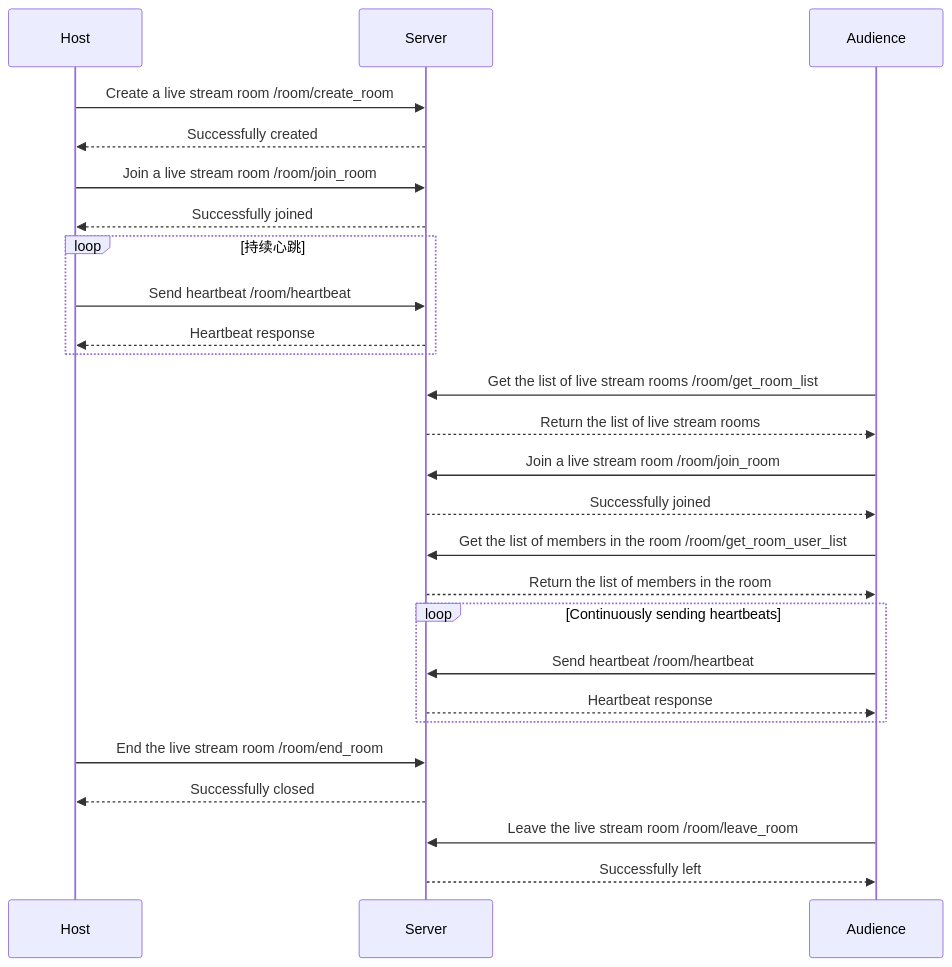
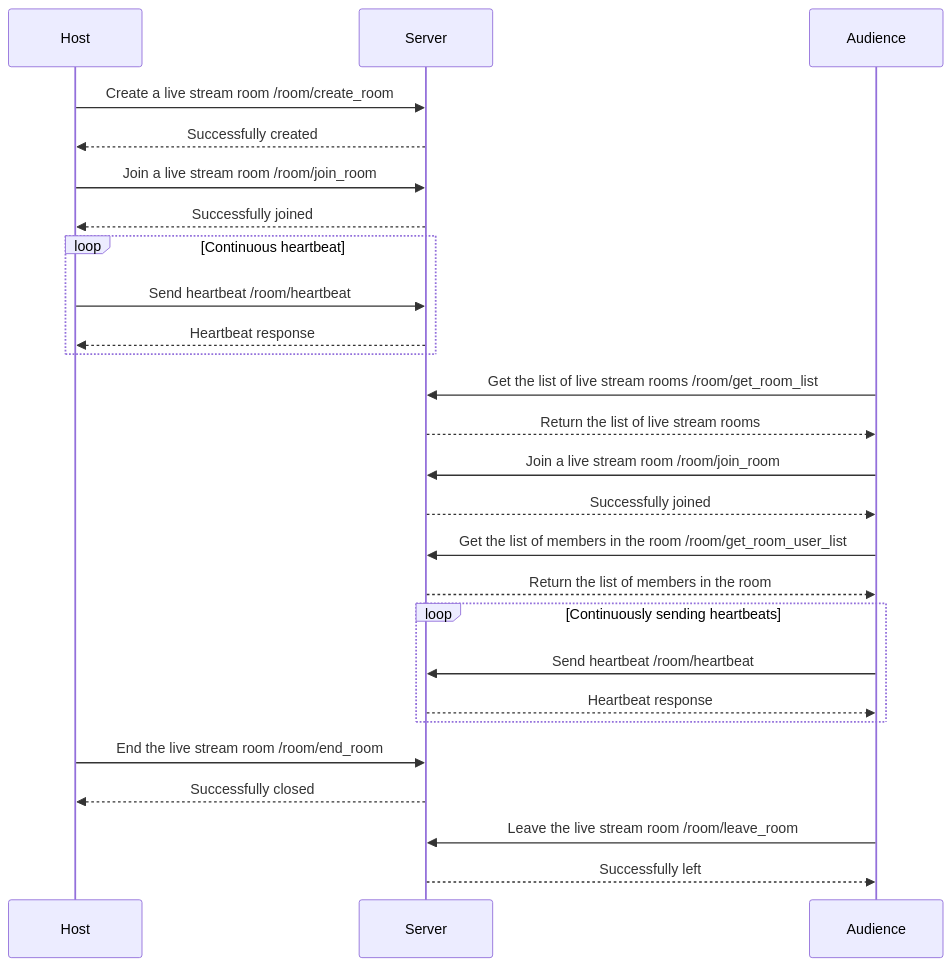
Before and after one commit to Yerannnnnn/zegocloud_server_demos: the diagram in README.md, drawn with Mermaid. The commit also changed other lines of this file, not shown here.

````diff
--- a/README.md
+++ b/README.md
@@ -107,40 +107,40 @@
 ```mermaid
 sequenceDiagram
     participant Host
     participant Server
     participant Audience
 
     Host->>Server: Create a live stream room  /room/create_room
     Server-->>Host: Successfully created
     Host->>Server: Join a live stream room /room/join_room
     Server-->>Host: Successfully joined
-    loop 持续心跳
+    loop Continuous heartbeat
         Host->>Server: Send heartbeat /room/heartbeat
         Server-->>Host: Heartbeat response
     end
 
 
     Audience->>Server: Get the list of live stream rooms /room/get_room_list
     Server-->>Audience: Return the list of live stream rooms
 
 
     Audience->>Server: Join a live stream room /room/join_room
     Server-->>Audience: Successfully joined
 
 
     Audience->>Server: Get the list of members in the room /room/get_room_user_list
     Server-->>Audience: Return the list of members in the room
 
     loop Continuously sending heartbeats
         Audience->>Server: Send heartbeat /room/heartbeat
         Server-->>Audience: Heartbeat response
     end
 
 
     Host->>Server: End the live stream room  /room/end_room
     Server-->>Host: Successfully closed
 
 
     Audience->>Server: Leave the live stream room  /room/leave_room
     Server-->>Audience: Successfully left
 ```
````
